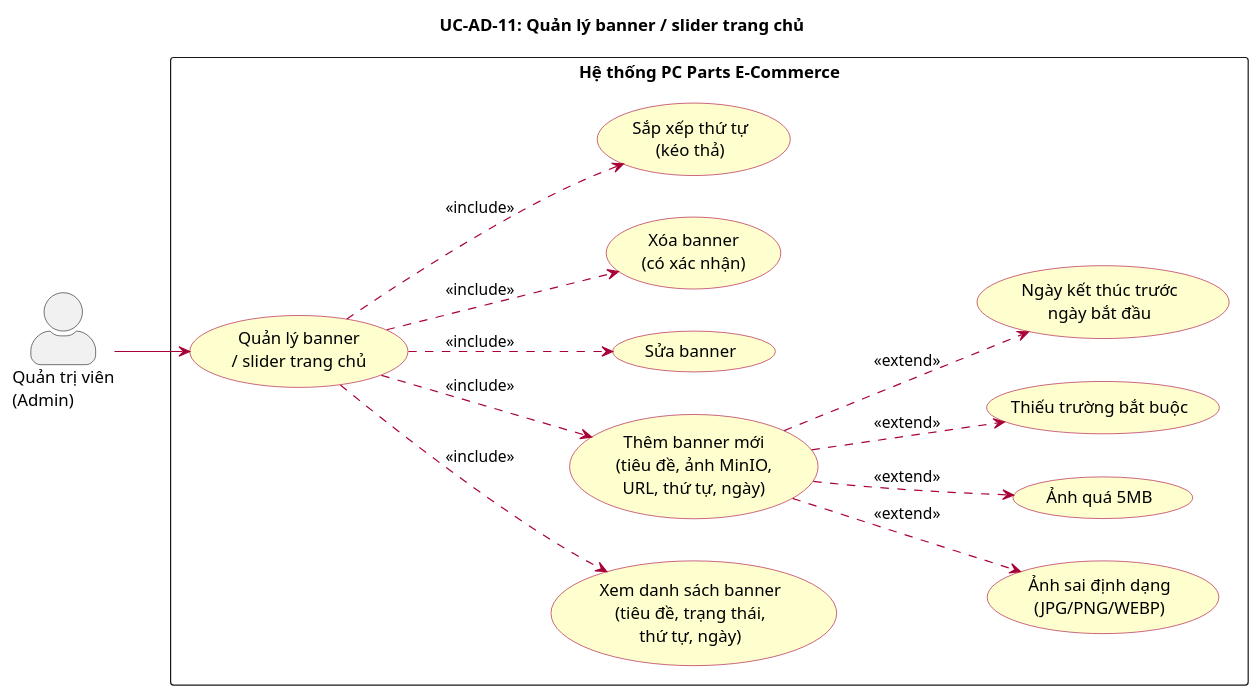
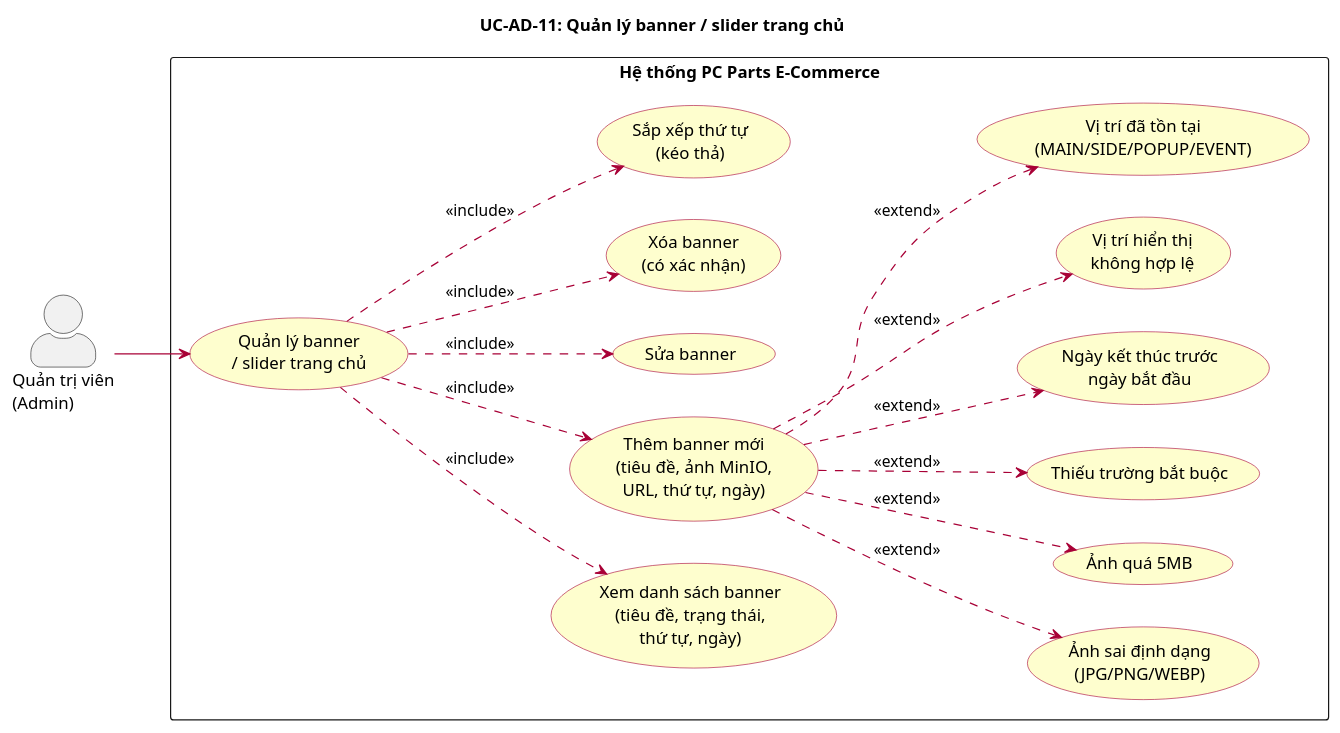
One commit to huuhieu56/PC-Parts-ECommerce changed the diagram in docs/diagrams/uc_AD11_quan_ly_banner.puml. Above: the diagram before and after it, drawn with PlantUML. The commit also changed 4 other files, not shown here.

```diff
--- a/docs/diagrams/uc_AD11_quan_ly_banner.puml
+++ b/docs/diagrams/uc_AD11_quan_ly_banner.puml
@@ -1,40 +1,44 @@
 @startuml UC-AD-11 Quản lý banner slider
 left to right direction
 skinparam actorStyle awesome
 skinparam packageStyle rectangle
 skinparam usecase {
   BackgroundColor #FEFECE
   BorderColor #A80036
   ArrowColor #A80036
 }
 
 title UC-AD-11: Quản lý banner / slider trang chủ
 
 actor "Quản trị viên\n(Admin)" as Admin
 
 rectangle "Hệ thống PC Parts E-Commerce" {
   usecase "Quản lý banner\n/ slider trang chủ" as UC_BANNER
   usecase "Xem danh sách banner\n(tiêu đề, trạng thái,\nthứ tự, ngày)" as UC_LIST
   usecase "Thêm banner mới\n(tiêu đề, ảnh MinIO,\nURL, thứ tự, ngày)" as UC_ADD
   usecase "Sửa banner" as UC_EDIT
   usecase "Xóa banner\n(có xác nhận)" as UC_DEL
   usecase "Sắp xếp thứ tự\n(kéo thả)" as UC_SORT
   usecase "Ảnh sai định dạng\n(JPG/PNG/WEBP)" as UC_ERR_FORMAT
   usecase "Ảnh quá 5MB" as UC_ERR_SIZE
   usecase "Thiếu trường bắt buộc" as UC_ERR_EMPTY
   usecase "Ngày kết thúc trước\nngày bắt đầu" as UC_ERR_DATE
+  usecase "Vị trí hiển thị\nkhông hợp lệ" as UC_ERR_PLACEMENT
+  usecase "Vị trí đã tồn tại\n(MAIN/SIDE/POPUP/EVENT)" as UC_ERR_DUP
 }
 
 Admin --> UC_BANNER
 
 UC_BANNER ..> UC_LIST : <<include>>
 UC_BANNER ..> UC_ADD : <<include>>
 UC_BANNER ..> UC_EDIT : <<include>>
 UC_BANNER ..> UC_DEL : <<include>>
 UC_BANNER ..> UC_SORT : <<include>>
 UC_ADD ..> UC_ERR_FORMAT : <<extend>>
 UC_ADD ..> UC_ERR_SIZE : <<extend>>
 UC_ADD ..> UC_ERR_EMPTY : <<extend>>
 UC_ADD ..> UC_ERR_DATE : <<extend>>
+UC_ADD ..> UC_ERR_PLACEMENT : <<extend>>
+UC_ADD ..> UC_ERR_DUP : <<extend>>
 
 @enduml
```
